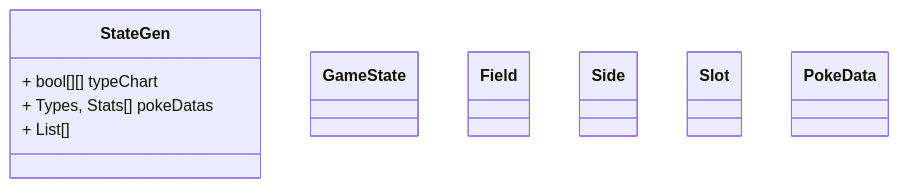
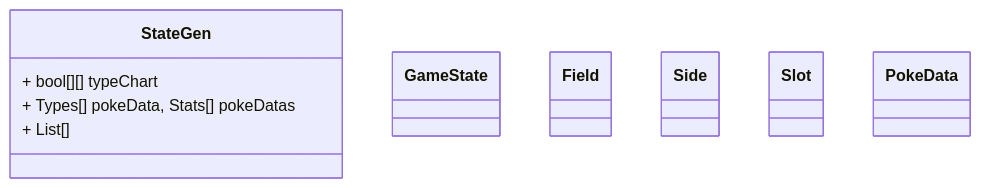
Before and after one commit to UtaSzane/iodraw-files: the diagram in all/Untitled.md, drawn with Mermaid.

Commit message:
2026-06-07 23:27:11 update

````diff
--- a/all/Untitled.md
+++ b/all/Untitled.md
@@ -1,23 +1,23 @@
 ```mermaid
 classDiagram
     class StateGen {
         + bool[][] typeChart
-        + Types, Stats[] pokeDatas
+        + Types[] pokeData, Stats[] pokeDatas
         + List[]
     }  
     class GameState {
 
     }
     class Field {
 
     }
     class Side {
 
     }
     class Slot {
 
     }
     class PokeData {
 
     }
 ```
````
